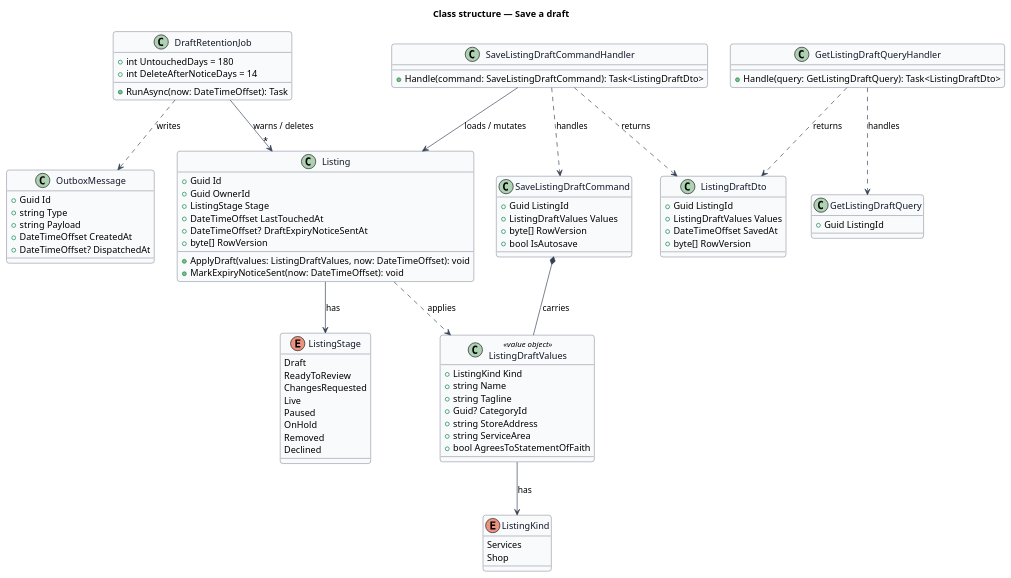
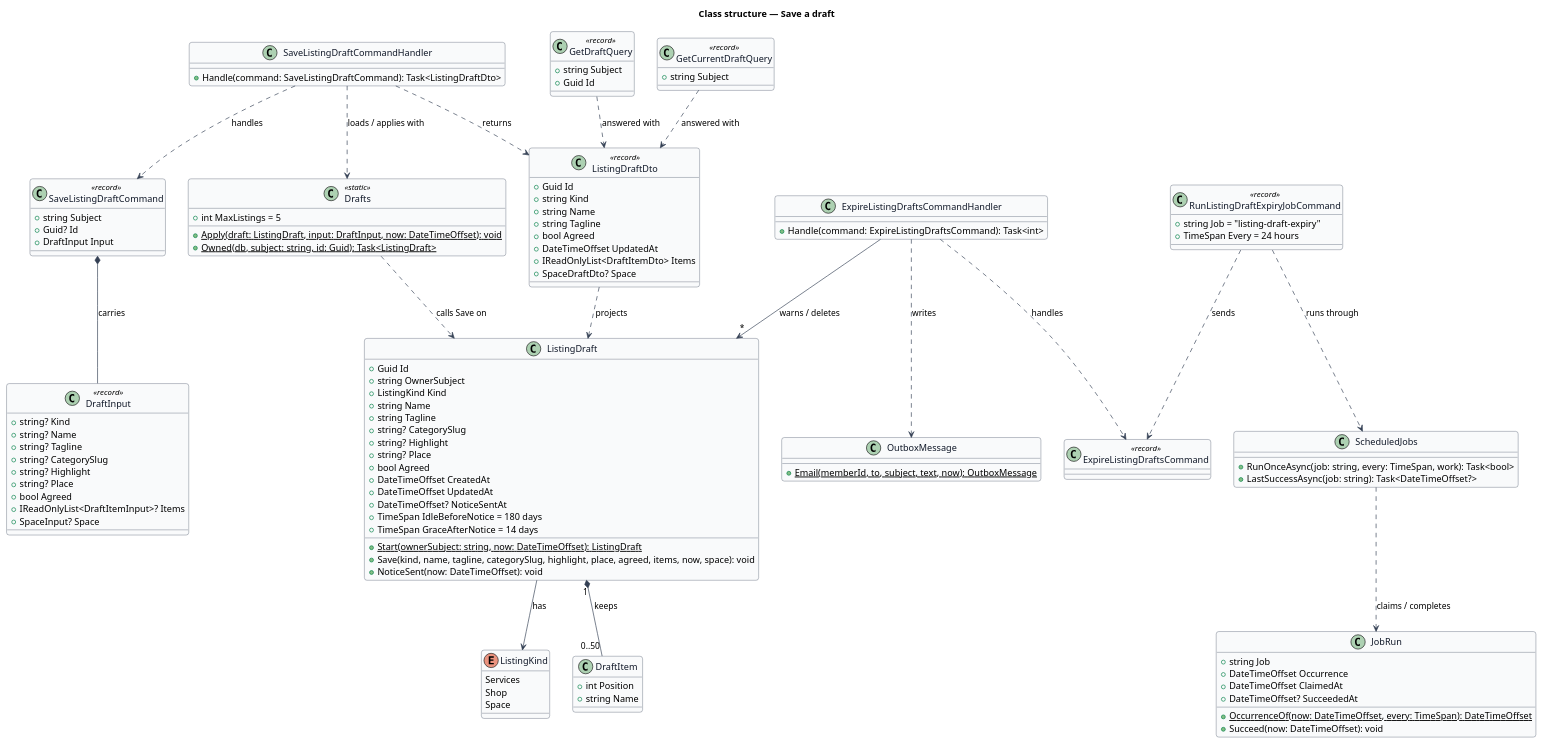
The diagram in docs/detailed-designs/onboarding/save-draft/diagrams/class-structure.puml (QuinntyneBrown/jubilee), drawn with PlantUML before and after one commit. The commit also changed 43 other files, not shown here.

```diff
--- a/docs/detailed-designs/onboarding/save-draft/diagrams/class-structure.puml
+++ b/docs/detailed-designs/onboarding/save-draft/diagrams/class-structure.puml
@@ -1,104 +1,140 @@
 @startuml
 ' --- shared skin header ---
 skinparam backgroundColor #FFFFFF
 skinparam shadowing false
 skinparam roundcorner 8
 skinparam defaultFontName Arial
 skinparam ArrowColor #344054
 skinparam class {
   BorderColor #344054
   FontColor #101828
   BackgroundColor #F9FAFB
 }
 ' --------------------------
 title Class structure — Save a draft
 
-enum ListingStage {
-  Draft
-  ReadyToReview
-  ChangesRequested
-  Live
-  Paused
-  OnHold
-  Removed
-  Declined
-}
-
-class Listing {
+class ListingDraft {
   +Guid Id
-  +Guid OwnerId
-  +ListingStage Stage
-  +DateTimeOffset LastTouchedAt
-  +DateTimeOffset? DraftExpiryNoticeSentAt
-  +byte[] RowVersion
-  +ApplyDraft(values: ListingDraftValues, now: DateTimeOffset): void
-  +MarkExpiryNoticeSent(now: DateTimeOffset): void
-}
-
-class ListingDraftValues <<value object>> {
+  +string OwnerSubject
   +ListingKind Kind
   +string Name
   +string Tagline
-  +Guid? CategoryId
-  +string StoreAddress
-  +string ServiceArea
-  +bool AgreesToStatementOfFaith
+  +string? CategorySlug
+  +string? Highlight
+  +string? Place
+  +bool Agreed
+  +DateTimeOffset CreatedAt
+  +DateTimeOffset UpdatedAt
+  +DateTimeOffset? NoticeSentAt
+  +TimeSpan IdleBeforeNotice = 180 days
+  +TimeSpan GraceAfterNotice = 14 days
+  +{static} Start(ownerSubject: string, now: DateTimeOffset): ListingDraft
+  +Save(kind, name, tagline, categorySlug, highlight, place, agreed, items, now, space): void
+  +NoticeSent(now: DateTimeOffset): void
+}
+
+class DraftItem {
+  +int Position
+  +string Name
 }
 
 enum ListingKind {
   Services
   Shop
+  Space
 }
 
-class SaveListingDraftCommand {
-  +Guid ListingId
-  +ListingDraftValues Values
-  +byte[] RowVersion
-  +bool IsAutosave
+class DraftInput <<record>> {
+  +string? Kind
+  +string? Name
+  +string? Tagline
+  +string? CategorySlug
+  +string? Highlight
+  +string? Place
+  +bool Agreed
+  +IReadOnlyList<DraftItemInput>? Items
+  +SpaceInput? Space
+}
+
+class SaveListingDraftCommand <<record>> {
+  +string Subject
+  +Guid? Id
+  +DraftInput Input
 }
 
 class SaveListingDraftCommandHandler {
   +Handle(command: SaveListingDraftCommand): Task<ListingDraftDto>
 }
 
-class GetListingDraftQuery {
-  +Guid ListingId
+class GetCurrentDraftQuery <<record>> {
+  +string Subject
 }
 
-class GetListingDraftQueryHandler {
-  +Handle(query: GetListingDraftQuery): Task<ListingDraftDto>
+class GetDraftQuery <<record>> {
+  +string Subject
+  +Guid Id
 }
 
-class ListingDraftDto {
-  +Guid ListingId
-  +ListingDraftValues Values
-  +DateTimeOffset SavedAt
-  +byte[] RowVersion
+class ListingDraftDto <<record>> {
+  +Guid Id
+  +string Kind
+  +string Name
+  +string Tagline
+  +bool Agreed
+  +DateTimeOffset UpdatedAt
+  +IReadOnlyList<DraftItemDto> Items
+  +SpaceDraftDto? Space
 }
 
-class DraftRetentionJob {
-  +int UntouchedDays = 180
-  +int DeleteAfterNoticeDays = 14
-  +RunAsync(now: DateTimeOffset): Task
+class Drafts <<static>> {
+  +int MaxListings = 5
+  +{static} Apply(draft: ListingDraft, input: DraftInput, now: DateTimeOffset): void
+  +{static} Owned(db, subject: string, id: Guid): Task<ListingDraft>
+}
+
+class RunListingDraftExpiryJobCommand <<record>> {
+  +string Job = "listing-draft-expiry"
+  +TimeSpan Every = 24 hours
+}
+
+class ExpireListingDraftsCommand <<record>>
+
+class ExpireListingDraftsCommandHandler {
+  +Handle(command: ExpireListingDraftsCommand): Task<int>
+}
+
+class ScheduledJobs {
+  +RunOnceAsync(job: string, every: TimeSpan, work): Task<bool>
+  +LastSuccessAsync(job: string): Task<DateTimeOffset?>
+}
+
+class JobRun {
+  +string Job
+  +DateTimeOffset Occurrence
+  +DateTimeOffset ClaimedAt
+  +DateTimeOffset? SucceededAt
+  +{static} OccurrenceOf(now: DateTimeOffset, every: TimeSpan): DateTimeOffset
+  +Succeed(now: DateTimeOffset): void
 }
 
 class OutboxMessage {
-  +Guid Id
-  +string Type
-  +string Payload
-  +DateTimeOffset CreatedAt
-  +DateTimeOffset? DispatchedAt
+  +{static} Email(memberId, to, subject, text, now): OutboxMessage
 }
 
-Listing --> ListingStage : has
-Listing ..> ListingDraftValues : applies
-ListingDraftValues --> ListingKind : has
+ListingDraft --> ListingKind : has
+ListingDraft "1" *-- "0..50" DraftItem : keeps
 SaveListingDraftCommandHandler ..> SaveListingDraftCommand : handles
-SaveListingDraftCommand *-- ListingDraftValues : carries
-SaveListingDraftCommandHandler --> Listing : loads / mutates
+SaveListingDraftCommand *-- DraftInput : carries
+SaveListingDraftCommandHandler ..> Drafts : loads / applies with
+Drafts ..> ListingDraft : calls Save on
 SaveListingDraftCommandHandler ..> ListingDraftDto : returns
-GetListingDraftQueryHandler ..> GetListingDraftQuery : handles
-GetListingDraftQueryHandler ..> ListingDraftDto : returns
-DraftRetentionJob --> "*" Listing : warns / deletes
-DraftRetentionJob ..> OutboxMessage : writes
+GetCurrentDraftQuery ..> ListingDraftDto : answered with
+GetDraftQuery ..> ListingDraftDto : answered with
+ListingDraftDto ..> ListingDraft : projects
+RunListingDraftExpiryJobCommand ..> ScheduledJobs : runs through
+RunListingDraftExpiryJobCommand ..> ExpireListingDraftsCommand : sends
+ScheduledJobs ..> JobRun : claims / completes
+ExpireListingDraftsCommandHandler ..> ExpireListingDraftsCommand : handles
+ExpireListingDraftsCommandHandler --> "*" ListingDraft : warns / deletes
+ExpireListingDraftsCommandHandler ..> OutboxMessage : writes
 @enduml
```
